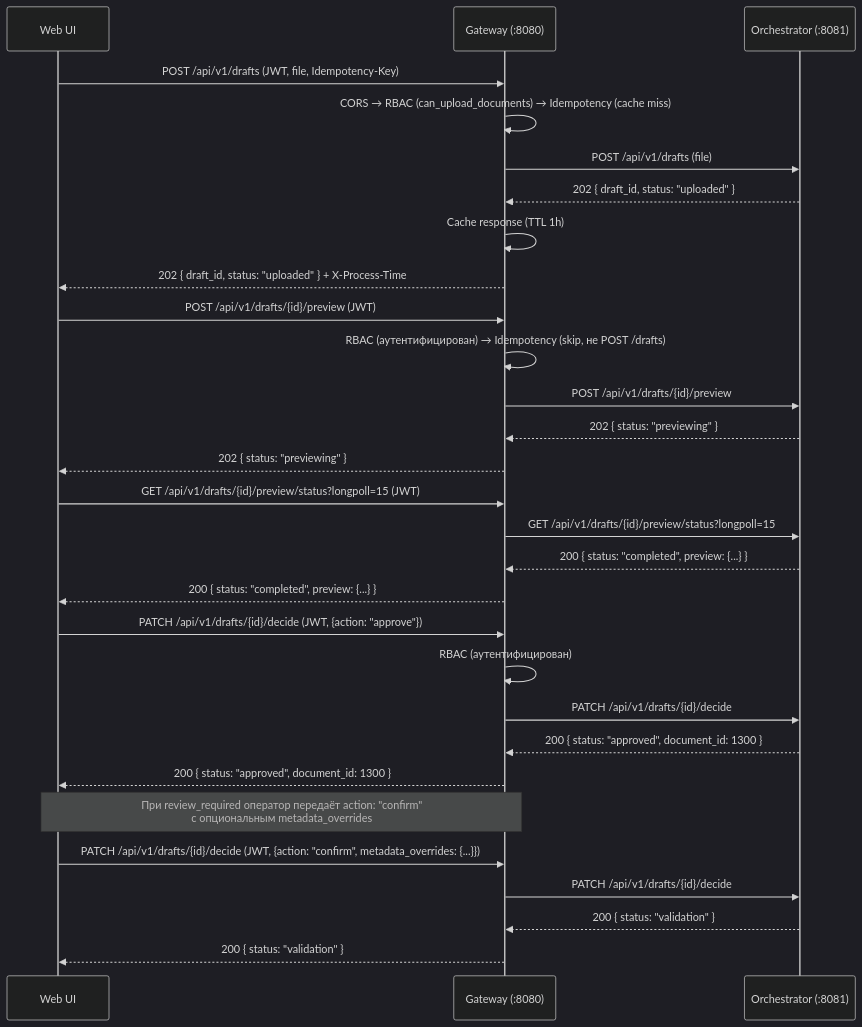
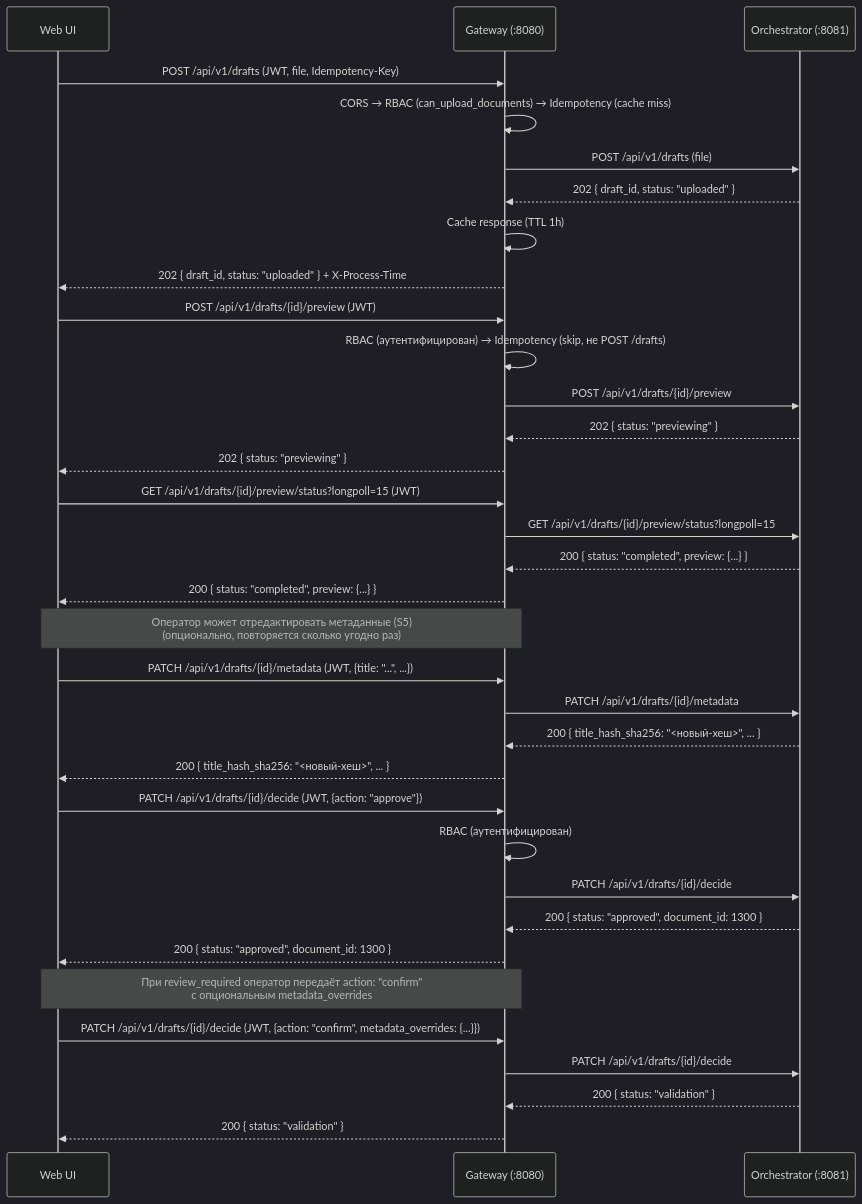
The first of 2 diagrams in docs/api/gateway_service_api.md (MasterKSAF/PKB), drawn with Mermaid (dark theme) before and after one commit. The commit also changed other lines of this file and 11 other files, not shown here.

````diff
--- a/docs/api/gateway_service_api.md
+++ b/docs/api/gateway_service_api.md
@@ -131,36 +132,42 @@
 ```mermaid
 sequenceDiagram
     participant UI as Web UI
     participant GW as Gateway (:8080)
     participant Orch as Orchestrator (:8081)
 
     UI->>GW: POST /api/v1/drafts (JWT, file, Idempotency-Key)
     GW->>GW: CORS → RBAC (can_upload_documents) → Idempotency (cache miss)
     GW->>Orch: POST /api/v1/drafts (file)
     Orch-->>GW: 202 { draft_id, status: "uploaded" }
     GW->>GW: Cache response (TTL 1h)
     GW-->>UI: 202 { draft_id, status: "uploaded" } + X-Process-Time
 
     UI->>GW: POST /api/v1/drafts/{id}/preview (JWT)
     GW->>GW: RBAC (аутентифицирован) → Idempotency (skip, не POST /drafts)
     GW->>Orch: POST /api/v1/drafts/{id}/preview
     Orch-->>GW: 202 { status: "previewing" }
     GW-->>UI: 202 { status: "previewing" }
 
     UI->>GW: GET /api/v1/drafts/{id}/preview/status?longpoll=15 (JWT)
     GW->>Orch: GET /api/v1/drafts/{id}/preview/status?longpoll=15
     Orch-->>GW: 200 { status: "completed", preview: {...} }
     GW-->>UI: 200 { status: "completed", preview: {...} }
 
+    Note over UI,GW: Оператор может отредактировать метаданные (S5)<br/>(опционально, повторяется сколько угодно раз)
+    UI->>GW: PATCH /api/v1/drafts/{id}/metadata (JWT, {title: "...", ...})
+    GW->>Orch: PATCH /api/v1/drafts/{id}/metadata
+    Orch-->>GW: 200 { title_hash_sha256: "<новый-хеш>", ... }
+    GW-->>UI: 200 { title_hash_sha256: "<новый-хеш>", ... }
+
     UI->>GW: PATCH /api/v1/drafts/{id}/decide (JWT, {action: "approve"})
     GW->>GW: RBAC (аутентифицирован)
     GW->>Orch: PATCH /api/v1/drafts/{id}/decide
     Orch-->>GW: 200 { status: "approved", document_id: 1300 }
     GW-->>UI: 200 { status: "approved", document_id: 1300 }
 
     Note over UI,GW: При review_required оператор передаёт action: "confirm"<br/>с опциональным metadata_overrides
     UI->>GW: PATCH /api/v1/drafts/{id}/decide (JWT, {action: "confirm", metadata_overrides: {...}})
     GW->>Orch: PATCH /api/v1/drafts/{id}/decide
     Orch-->>GW: 200 { status: "validation" }
     GW-->>UI: 200 { status: "validation" }
 ```
````
